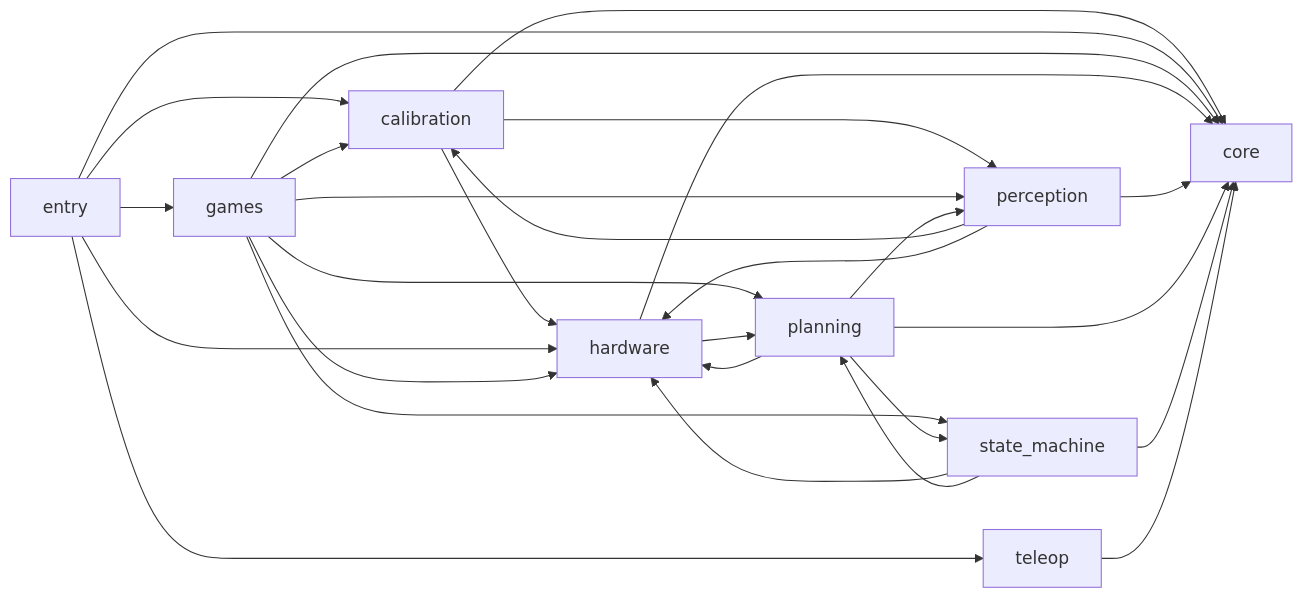
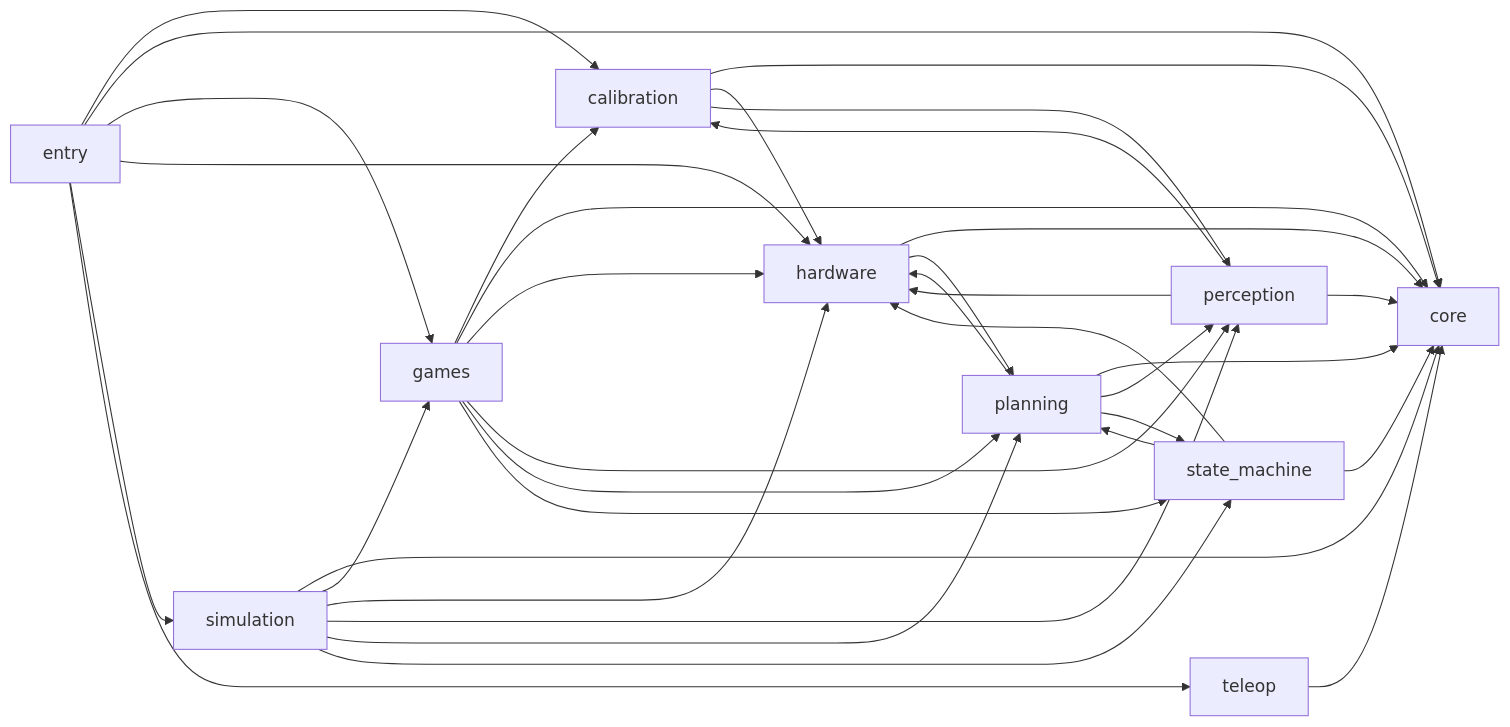
The diagram in docs/knowledge_graph.md (David1340/IEEE_arm_competition_Malta), drawn with Mermaid before and after one commit. The commit also changed other lines of this file and 14 other files, not shown here.

````diff
--- a/docs/knowledge_graph.md
+++ b/docs/knowledge_graph.md
@@ -11,30 +11,37 @@
 ```mermaid
 graph LR
     calibration --> core
     calibration --> hardware
     calibration --> perception
     entry --> calibration
     entry --> core
     entry --> games
     entry --> hardware
+    entry --> simulation
     entry --> teleop
     games --> calibration
     games --> core
     games --> hardware
     games --> perception
     games --> planning
     games --> state_machine
     hardware --> core
     hardware --> planning
     perception --> calibration
     perception --> core
     perception --> hardware
     planning --> core
     planning --> hardware
     planning --> perception
     planning --> state_machine
+    simulation --> core
+    simulation --> games
+    simulation --> hardware
+    simulation --> perception
+    simulation --> planning
+    simulation --> state_machine
     state_machine --> core
     state_machine --> hardware
     state_machine --> planning
     teleop --> core
 ```
````
